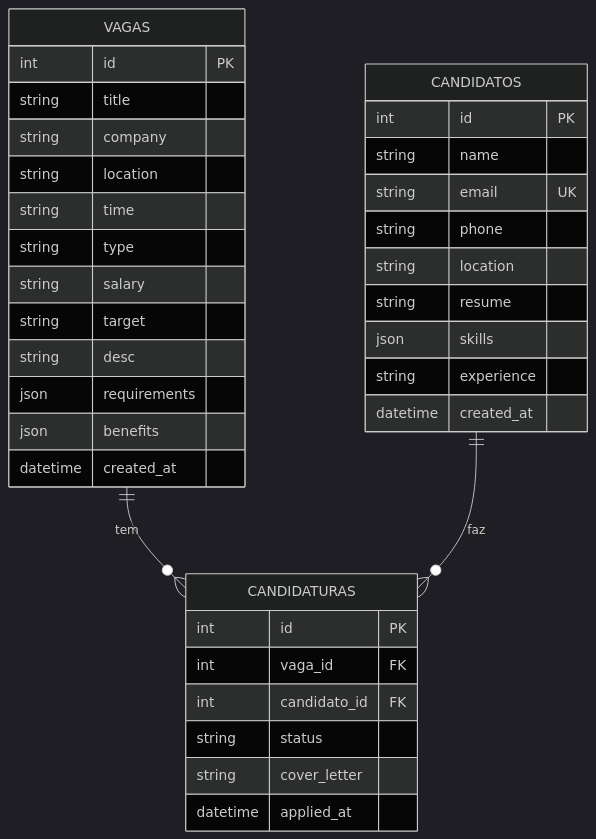
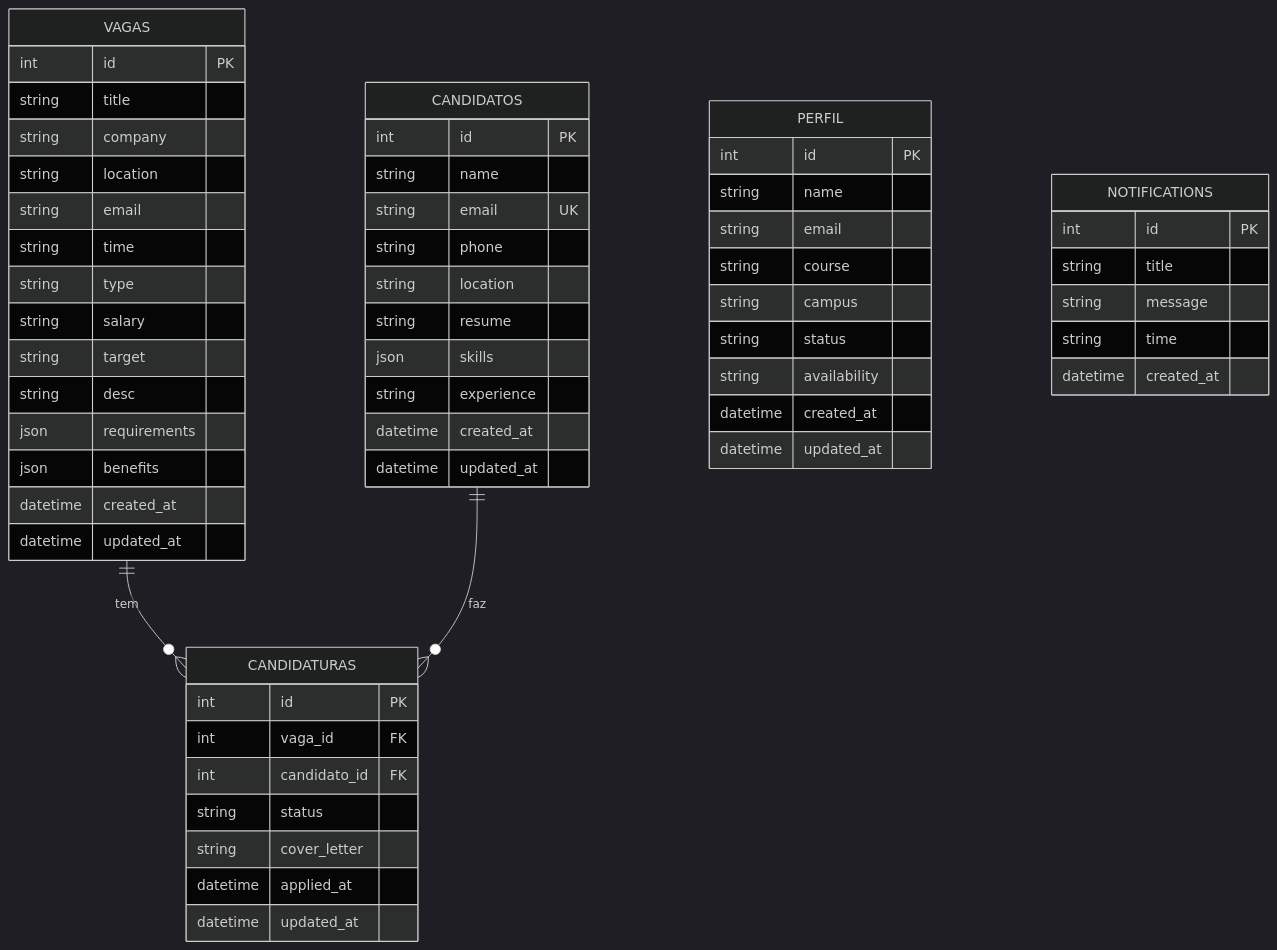
Before and after one commit to iago-cardoso8/ImpulsionaEstagio: the diagram in docs/erd-migration.mmd, drawn with Mermaid (dark theme). The commit also changed 15 other files, not shown here.

```diff
--- a/docs/erd-migration.mmd
+++ b/docs/erd-migration.mmd
@@ -1,39 +1,63 @@
 erDiagram
     VAGAS ||--o{ CANDIDATURAS : "tem"
     CANDIDATOS ||--o{ CANDIDATURAS : "faz"
 
     VAGAS {
         int id PK
         string title
         string company
         string location
+        string email
         string time
         string type
         string salary
         string target
         string desc
         json requirements
         json benefits
         datetime created_at
+        datetime updated_at
     }
 
     CANDIDATOS {
         int id PK
         string name
         string email UK
         string phone
         string location
         string resume
         json skills
         string experience
         datetime created_at
+        datetime updated_at
     }
 
     CANDIDATURAS {
         int id PK
         int vaga_id FK
         int candidato_id FK
         string status
         string cover_letter
         datetime applied_at
+        datetime updated_at
     }
+
+    PERFIL {
+        int id PK
+        string name
+        string email
+        string course
+        string campus
+        string status
+        string availability
+        datetime created_at
+        datetime updated_at
+    }
+
+    NOTIFICATIONS {
+        int id PK
+        string title
+        string message
+        string time
+        datetime created_at
+    }
```
